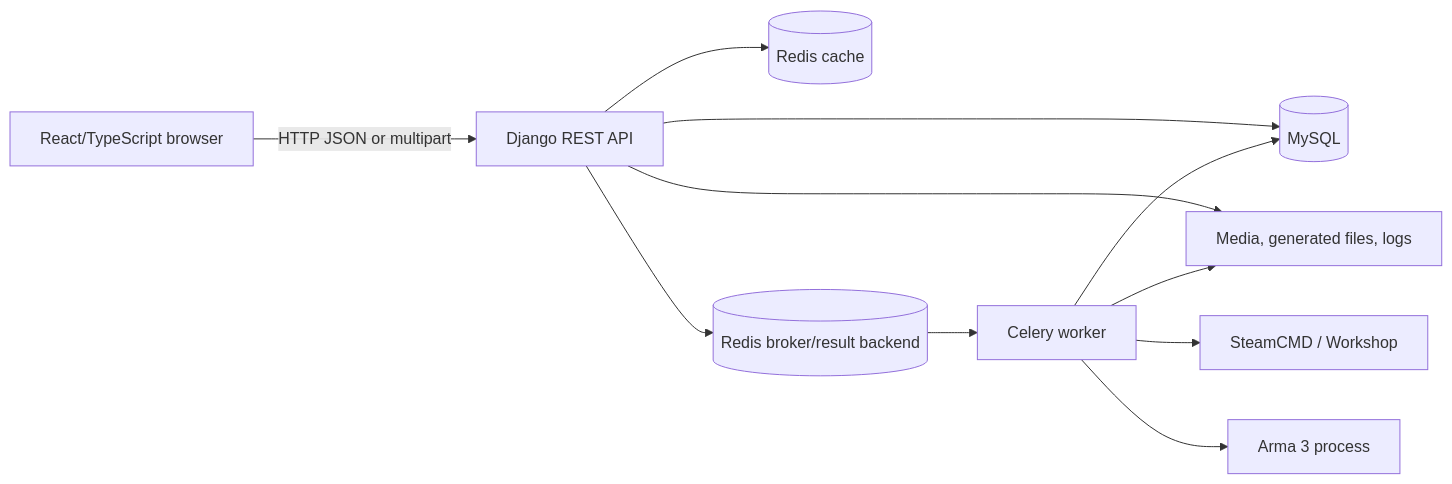
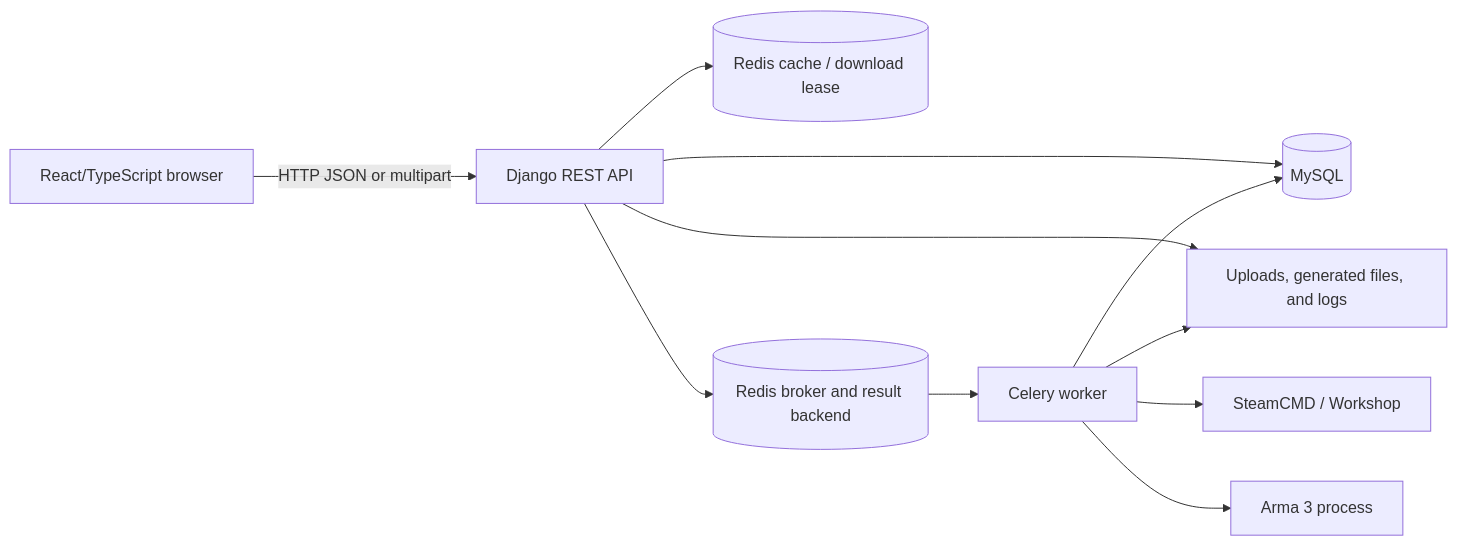
Before and after one commit to Bartolini515/ArmaServerManager: the diagram in docs/architecture.md, drawn with Mermaid. The commit also changed other lines of this file and 11 other files, not shown here.

````diff
--- a/docs/architecture.md
+++ b/docs/architecture.md
@@ -7,13 +9,13 @@
 ```mermaid
 flowchart LR
     Browser["React/TypeScript browser"] -->|HTTP JSON or multipart| API["Django REST API"]
     API --> DB[("MySQL")]
-    API --> Files["Media, generated files, logs"]
-    API --> Cache[("Redis cache")]
-    API --> Broker[("Redis broker/result backend")]
+    API --> Files["Uploads, generated files, and logs"]
+    API --> Cache[("Redis cache / download lease")]
+    API --> Broker[("Redis broker and result backend")]
     Broker --> Worker["Celery worker"]
     Worker --> DB
     Worker --> Files
     Worker --> Steam["SteamCMD / Workshop"]
     Worker --> Arma["Arma 3 process"]
 ```
````
